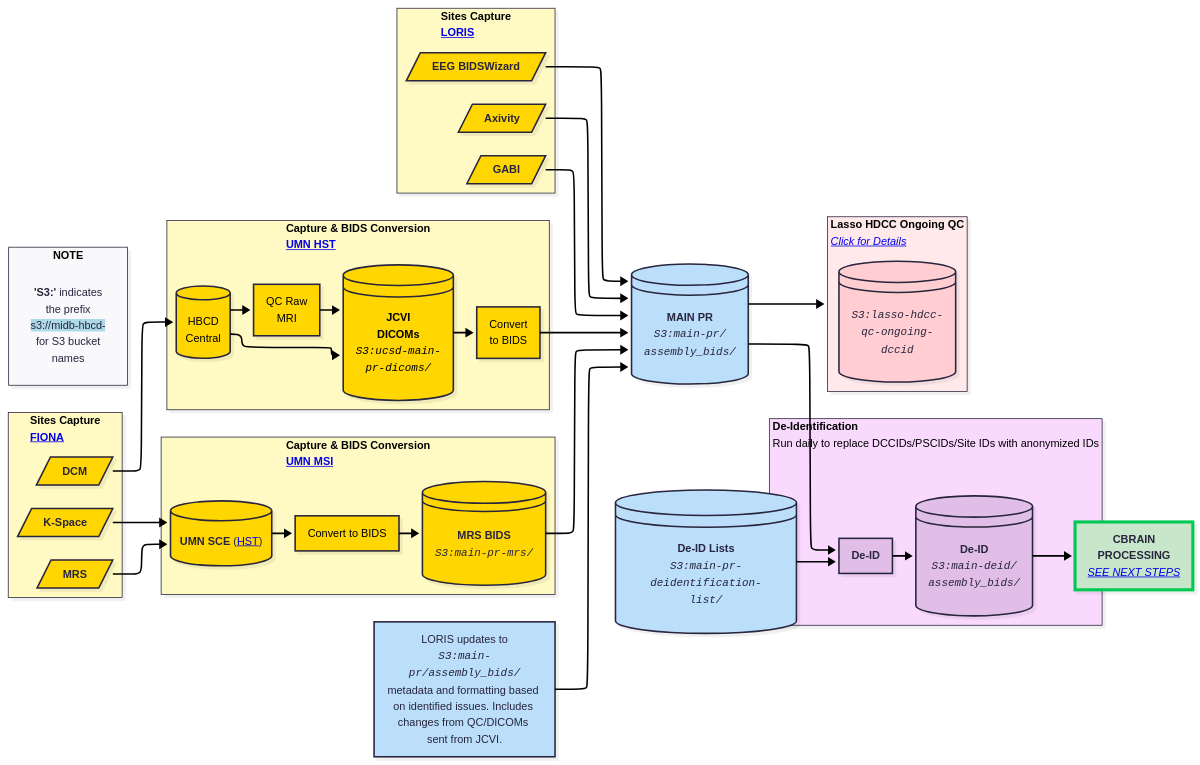
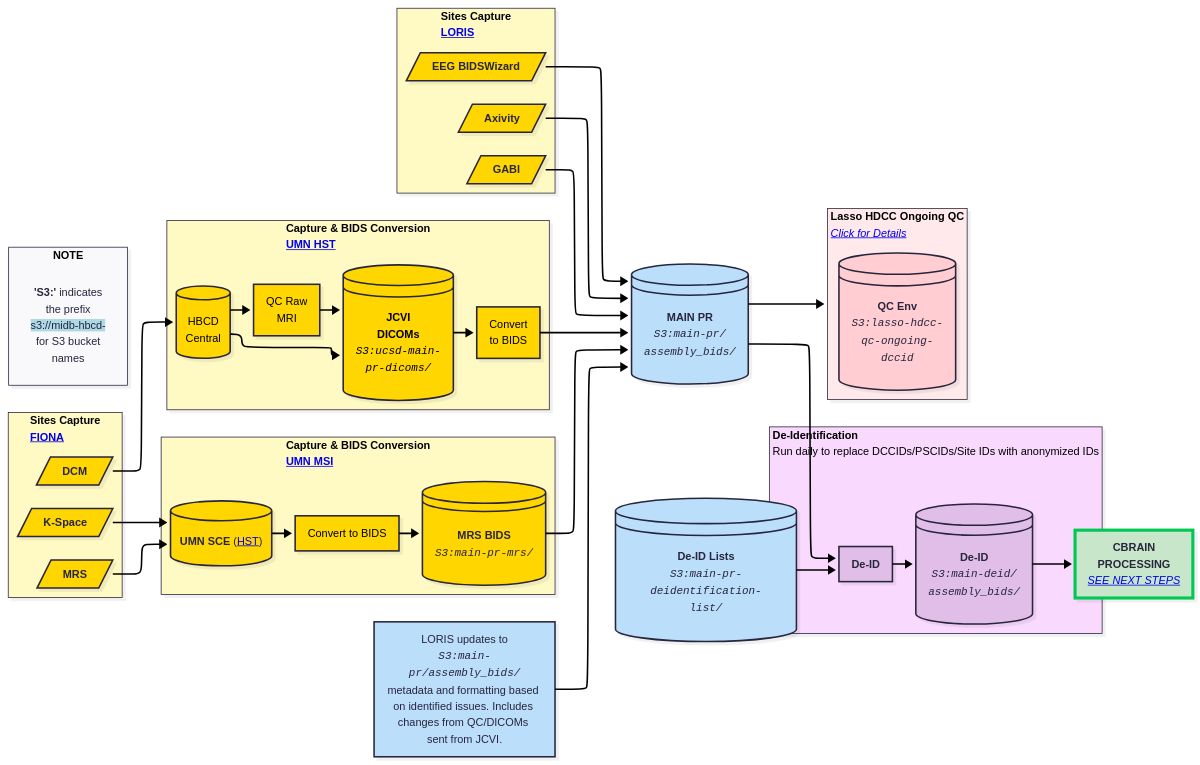
One commit to DCAN-Labs/hbcd-docs-internal changed the diagram in src/mermaid/fb-wf-1.mmd. Above: the diagram before and after it, drawn with Mermaid. The commit also changed 2 other files, not shown here.

Commit message:
add qc env s3 to s3 bucket key tables

```diff
--- a/src/mermaid/fb-wf-1.mmd
+++ b/src/mermaid/fb-wf-1.mmd
@@ -1,97 +1,97 @@
 ---
 config:
   layout: elk
   look: neo
   theme: redux
 ---
 flowchart LR
  subgraph Sites_Capture["<b>Sites Capture<br><a href=../../orgcharts/#fiona rel=noopener target=_blank><b>FIONA</b></a></b>"]
         FIONA_KSI[/"<b>DCM</b>"/]
         LORIS_ACM[/"<b>MRS</b>"/]
         n15[/"<b>K-Space</b>"/]
   end
  subgraph Capture_JCVI["<b>Capture &amp; BIDS Conversion<br></b><a href=../../orgcharts/#midb-informatics-hub-msi rel=noopener target=_blank><b>UMN MSI</b></a>"]
         UMN@{ label: "<b>UMN SCE</b> (<a href=\"../../orgcharts/#health-sciences-technology\" rel=\"noopener\" target=\"_blank\">HST</a>)" }
         JCVI["Convert to BIDS"]
         n1@{ label: "<span style=\"color:\"><b>MRS BIDS<br></b></span><i style=\"--tw-scale-x:\"><code style=\"--tw-scale-x:\">S3:main-pr-mrs/</code></i><span style=\"color:\"></span>" }
   end
  subgraph Capture_HST["<b>Capture &amp; BIDS Conversion<br></b><a href=../../orgcharts/#health-sciences-technology rel=noopener target=_blank><b>UMN HST</b></a>"]
         n6["HBCD<br>Central"]
         n9["QC Raw<br>MRI"]
         n10["<b>JCVI<br>DICOMs<br></b><i><code>S3:ucsd-main-<br>pr-dicoms/</code></i>"]
         n11["Convert<br>to BIDS"]
   end
  subgraph Capture_LORIS["<b>Sites Capture</b><br><a href=../../orgcharts/#loris rel=noopener target=_blank><b>LORIS</b></a>"]
         n12[/"<b>EEG BIDSWizard</b>"/]
         n13[/"<b>Axivity</b>"/]
         n14[/"<b>GABI</b>"/]
   end
  subgraph s1["<b style=white-space:>De-Identification<br></b><span style=white-space:>Run daily to replace DCCIDs/PSCIDs/Site IDs with anonymized IDs</span>"]
         n17["<b>De-ID</b>"]
         n18@{ label: "<b><span style=\"text-wrap-mode:\">De-ID</span><br style=\"text-wrap-mode:\"></b><i style=\"--tw-scale-x:\"><code style=\"--tw-scale-x:\">S3:main-deid/<br>assembly_bids/</code></i>" }
   end
  subgraph s6["<b>NOTE</b>"]
         legend@{ label: "<b>'S3:'</b> indicates<br>the prefix<span style=\"background-color:\"><br></span><span style=\"background-color:lightblue;\">s3://midb-hbcd-<br></span>for S3 bucket<br>names" }
   end
  subgraph s7["<span style=white-space:><b>Lasso HDCC Ongoing QC</b><br><a href=../data-proc-wf/#lasso-hdcc-qc-environment target=_top><i>Click for Details</i></a></span>"]
-        n22@{ label: "<span><i><code>S3:lasso-hdcc-<br>qc-ongoing-<br>dccid<br></code></i></span>" }
+        n22["<span><b>QC Env</b><br><i><code>S3:lasso-hdcc-<br>qc-ongoing-<br>dccid<br></code></i></span>"]
   end
     LORIS_ACM --> UMN
     UMN --> JCVI
     JCVI --> n1
     n1 --> RAW_BIDS@{ label: "<b>MAIN PR<br></b><i style=\"--tw-scale-x:\"><code style=\"--tw-scale-x:\">S3:main-pr/<br>assembly_bids/</code></i><i style=\"text-wrap-mode:\"></i><b></b>" }
     n6 --> n9 & n10
     n9 --> n10
     n10 --> n11
     n11 --> RAW_BIDS
     n12 --> RAW_BIDS
     n13 --> RAW_BIDS
     n14 --> RAW_BIDS
     n15 --> UMN
     FIONA_KSI --> n6
     n16@{ label: "<span style=\"color:\">LORIS updates to<br></span><i style=\"--tw-scale-x:\"><code style=\"--tw-scale-x:\">S3:main-pr/assembly_bids/<br></code></i><span style=\"color:\">metadata and formatting based on identified issues. Includes changes from QC/DICOMs sent from JCVI.</span>" } --> RAW_BIDS
     RAW_BIDS --> n17 & s7
     n17 --> n18
     n19["<b>De-ID Lists</b><br><code><i>S3:main-pr-deidentification-<br>list/</i></code>"] --> n17
     n18 --> n20@{ label: "<b>CBRAIN<br>PROCESSING</b><br><a href=\"../data-proc-wf/#cbrain-processing-re-identification-lasso-ingestion\" target=\"_top\"><i>SEE NEXT STEPS</i></a>" }
     UMN@{ shape: db}
     JCVI@{ shape: rect}
     n1@{ shape: disk}
     n6@{ shape: db}
     n9@{ shape: rect}
     n10@{ shape: disk}
     n11@{ shape: rect}
     n18@{ shape: disk}
     n22@{ shape: disk}
     RAW_BIDS@{ shape: disk}
     n16@{ shape: rect}
     s7@{ shape: rect}
     n19@{ shape: disk}
     n20@{ shape: rect}
     style FIONA_KSI fill:#FFD600
     style LORIS_ACM fill:#FFD600
     style n15 fill:#FFD600
     style UMN fill:#FFD600
     style JCVI fill:#FFD600,color:#000000
     style n1 fill:#FFD600
     style n6 fill:#FFD600,color:#000000
     style n9 fill:#FFD600,color:#000000
     style n10 fill:#FFD600,color:#000000
     style n11 fill:#FFD600,color:#000000
     style n12 fill:#FFD600
     style n13 fill:#FFD600
     style n14 fill:#FFD600
     style n17 fill:#E1BEE7
     style n18 fill:#E1BEE7
     style legend stroke:none,fill:transparent
     style n22 fill:#FFCDD2
     style RAW_BIDS fill:#BBDEFB
     style n16 fill:#BBDEFB
     style s7 fill:#ffe9eb
     style n19 fill:#BBDEFB
     style n20 fill:#C8E6C9,stroke:#00C853,stroke-width:4px,stroke-dasharray: 0
     style Capture_LORIS fill:#FFF9C4
     style Sites_Capture fill:#FFF9C4
     style Capture_JCVI fill:#FFF9C4
     style Capture_HST fill:#FFF9C4
     style s1 fill:#FAD9FF
```
